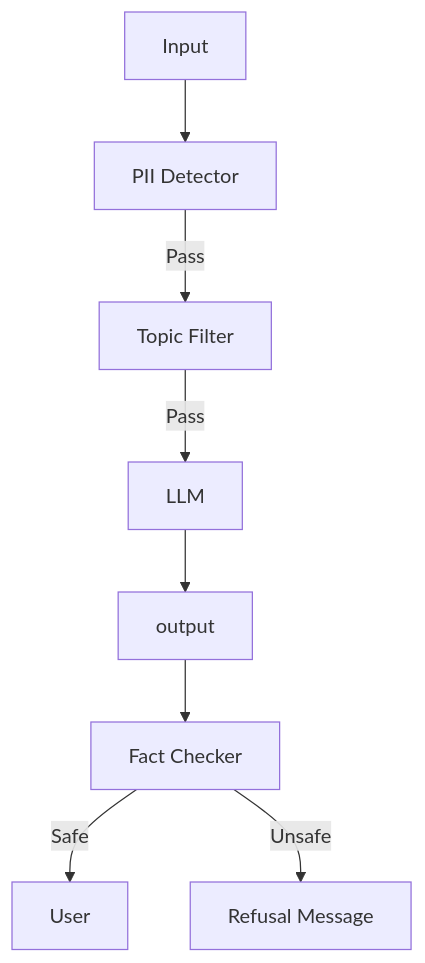
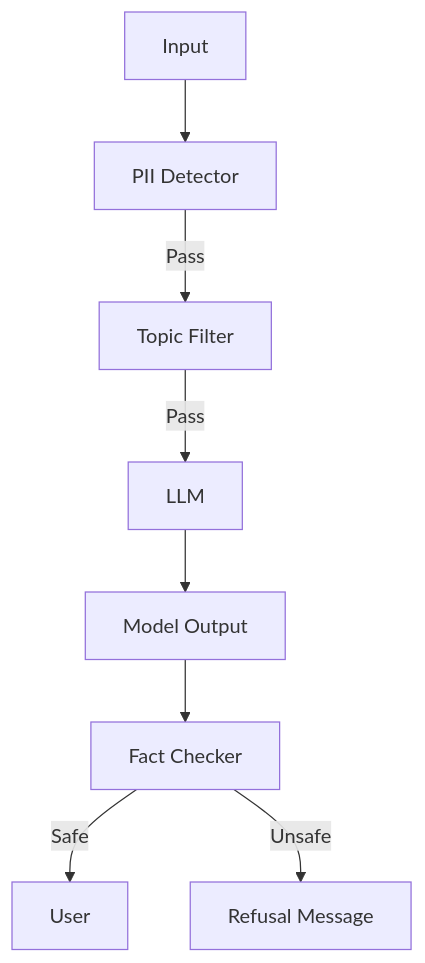
Before and after one commit to sricheru/agentic-ai-portfolio: the tenth of 20 diagrams in genai_enterprise_usecases/ARCHITECTURE_GUIDE.md, drawn with Mermaid. The commit also changed other lines of this file, not shown here.

Commit message:
fix(mermaid): completely sanitize all node shapes and labels for GitHub compatibility

````diff
--- a/genai_enterprise_usecases/ARCHITECTURE_GUIDE.md
+++ b/genai_enterprise_usecases/ARCHITECTURE_GUIDE.md
@@ -213,10 +211,10 @@
 ```mermaid
 graph TD
     Input --> PII[PII Detector]
     PII -->|Pass| Topics[Topic Filter]
     Topics -->|Pass| LLM
-    LLM --> output
-    output --> Hallucination[Fact Checker]
+    LLM --> LLMOutput["Model Output"]
+    LLMOutput["Model Output"] --> Hallucination[Fact Checker]
     Hallucination -->|Safe| User
     Hallucination -->|Unsafe| Block[Refusal Message]
 ```
````
